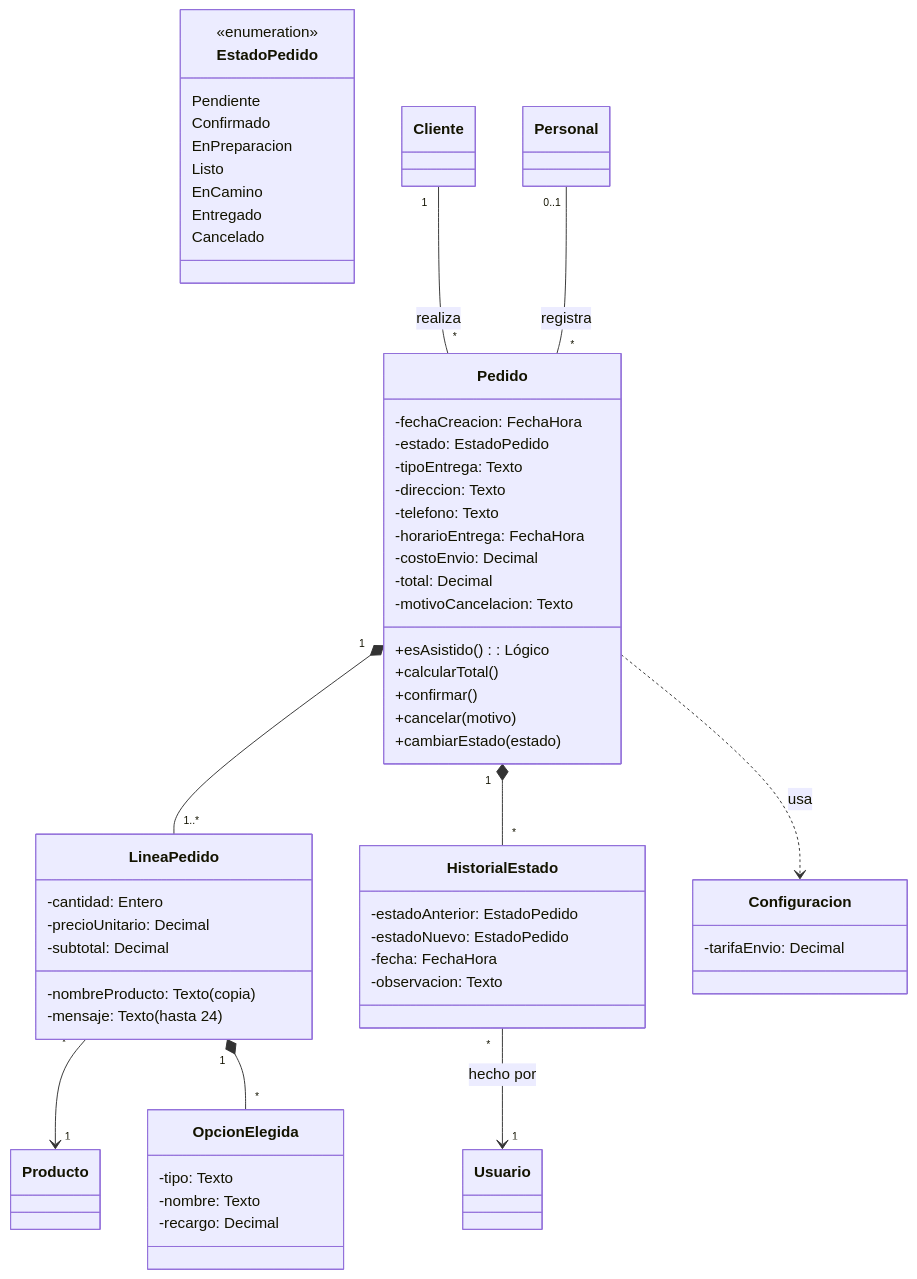
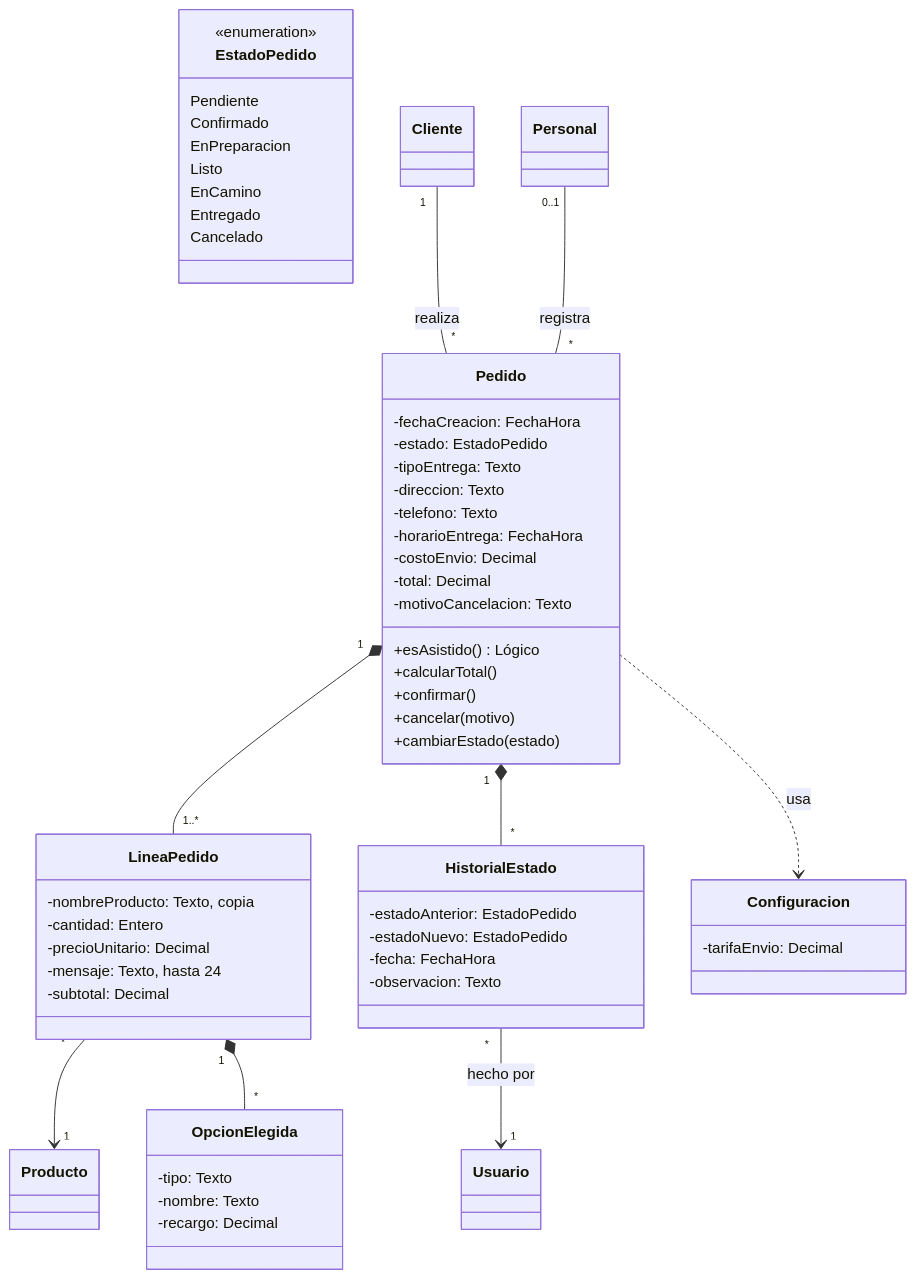
One commit to Anton10-AR/DulcesAromas changed the sixth of 12 diagrams in docs/04-modelos-uml.md. Above: the diagram before and after it, drawn with Mermaid. The commit also changed other lines of this file, not shown here.

Commit message:
Modelos UML: atributos con nota sin paréntesis para que Mermaid no los tome como métodos; componentes en dos diagramas más legibles (RNF17)

````diff
--- a/docs/04-modelos-uml.md
+++ b/docs/04-modelos-uml.md
@@ -256,62 +256,62 @@
 ```mermaid
 classDiagram
   class Pedido {
     -fechaCreacion: FechaHora
     -estado: EstadoPedido
     -tipoEntrega: Texto
     -direccion: Texto
     -telefono: Texto
     -horarioEntrega: FechaHora
     -costoEnvio: Decimal
     -total: Decimal
     -motivoCancelacion: Texto
-    +esAsistido(): Lógico
+    +esAsistido() Lógico
     +calcularTotal()
     +confirmar()
     +cancelar(motivo)
     +cambiarEstado(estado)
   }
   class LineaPedido {
-    -nombreProducto: Texto (copia)
+    -nombreProducto: Texto, copia
     -cantidad: Entero
     -precioUnitario: Decimal
-    -mensaje: Texto (hasta 24)
+    -mensaje: Texto, hasta 24
     -subtotal: Decimal
   }
   class OpcionElegida {
     -tipo: Texto
     -nombre: Texto
     -recargo: Decimal
   }
   class HistorialEstado {
     -estadoAnterior: EstadoPedido
     -estadoNuevo: EstadoPedido
     -fecha: FechaHora
     -observacion: Texto
   }
   class Configuracion {
     -tarifaEnvio: Decimal
   }
   class EstadoPedido {
     <<enumeration>>
     Pendiente
     Confirmado
     EnPreparacion
     Listo
     EnCamino
     Entregado
     Cancelado
   }
   class Cliente
   class Personal
   class Producto
   class Usuario
   Cliente "1" -- "*" Pedido : realiza
   Personal "0..1" -- "*" Pedido : registra
   Pedido "1" *-- "1..*" LineaPedido
   LineaPedido "*" --> "1" Producto
   LineaPedido "1" *-- "*" OpcionElegida
   Pedido "1" *-- "*" HistorialEstado
   HistorialEstado "*" --> "1" Usuario : hecho por
   Pedido ..> Configuracion : usa
 ```
````
